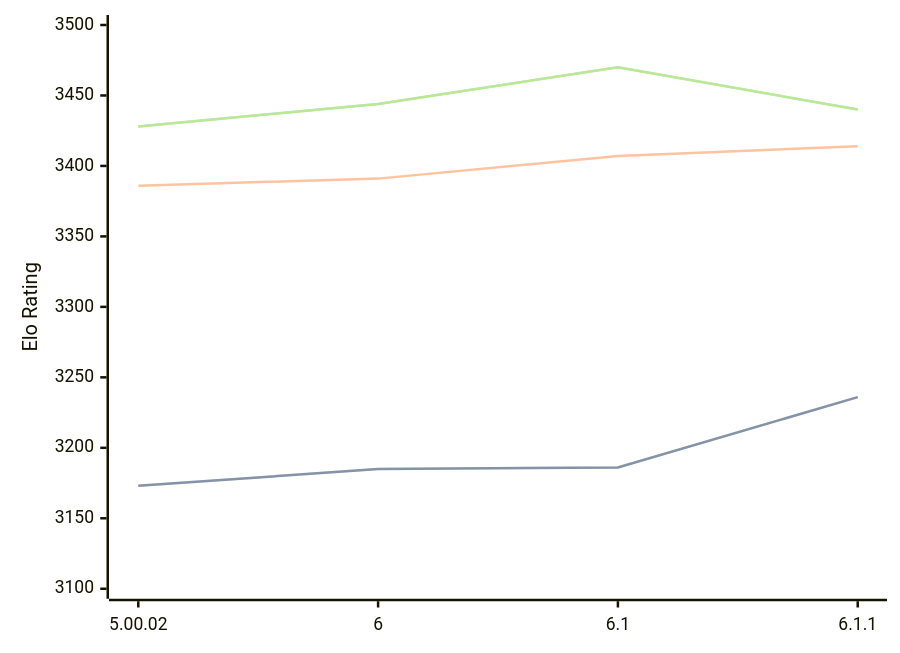
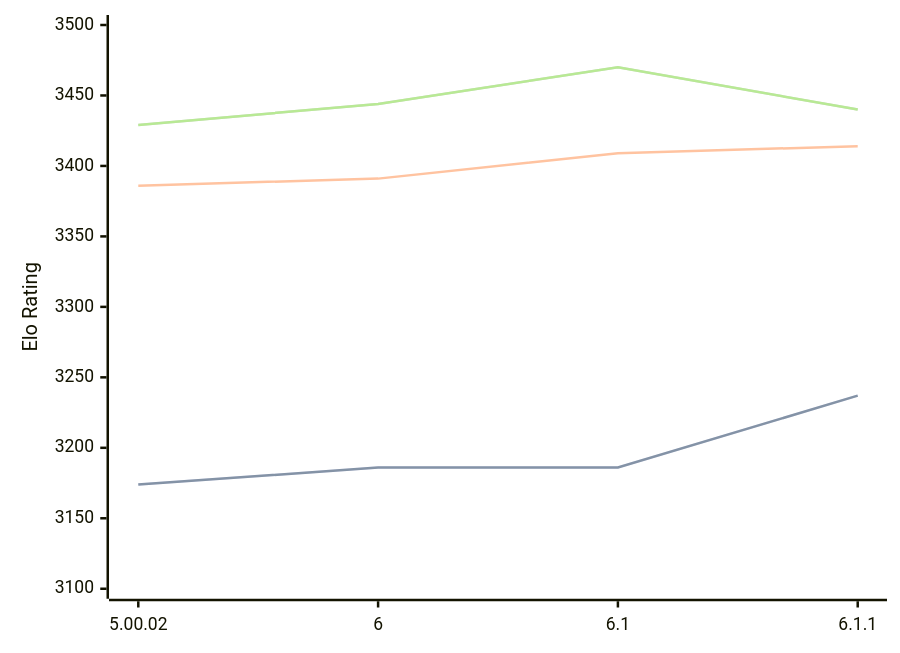
The diagram in engines/Zangdar.md (computer-chess-index/cci), drawn with Mermaid before and after one commit. The commit also changed other lines of this file, not shown here.

Commit message:
Update CCI Ratings (ELO VLTC) - 2026-04-22

````diff
--- a/engines/Zangdar.md
+++ b/engines/Zangdar.md
@@ -46,11 +46,11 @@
 ```mermaid
 %%{init: {"theme":"base","themeVariables":{"seriesColors:['#a3a3a3','#222221','#faa371']}}}%%
 xychart-beta
   x-axis ["5.00.02", "6", "6.1", "6.1.1"]
   y-axis "Elo Rating" 3100 --> 3500
-  line "STC (8.0+0.08s)" [3173, 3185, 3186, 3236]
-  line "STC (8.0+0.08s)" [3173, 3185, 3186, 3236]
-  line "LTC (60.0+0.60s)" [3386, 3391, 3407, 3414]
-  line "VLTC (2m24s+1.12s)" [3428, 3444, 3470, 3440]
-  line "VLTC (2m24s+1.12s)" [3428, 3444, 3470, 3440]
+  line "STC (8.0+0.08s)" [3174, 3186, 3186, 3237]
+  line "STC (8.0+0.08s)" [3174, 3186, 3186, 3237]
+  line "LTC (60.0+0.60s)" [3386, 3391, 3409, 3414]
+  line "VLTC (2m24s+1.12s)" [3429, 3444, 3470, 3440]
+  line "VLTC (2m24s+1.12s)" [3429, 3444, 3470, 3440]
 ```
````
